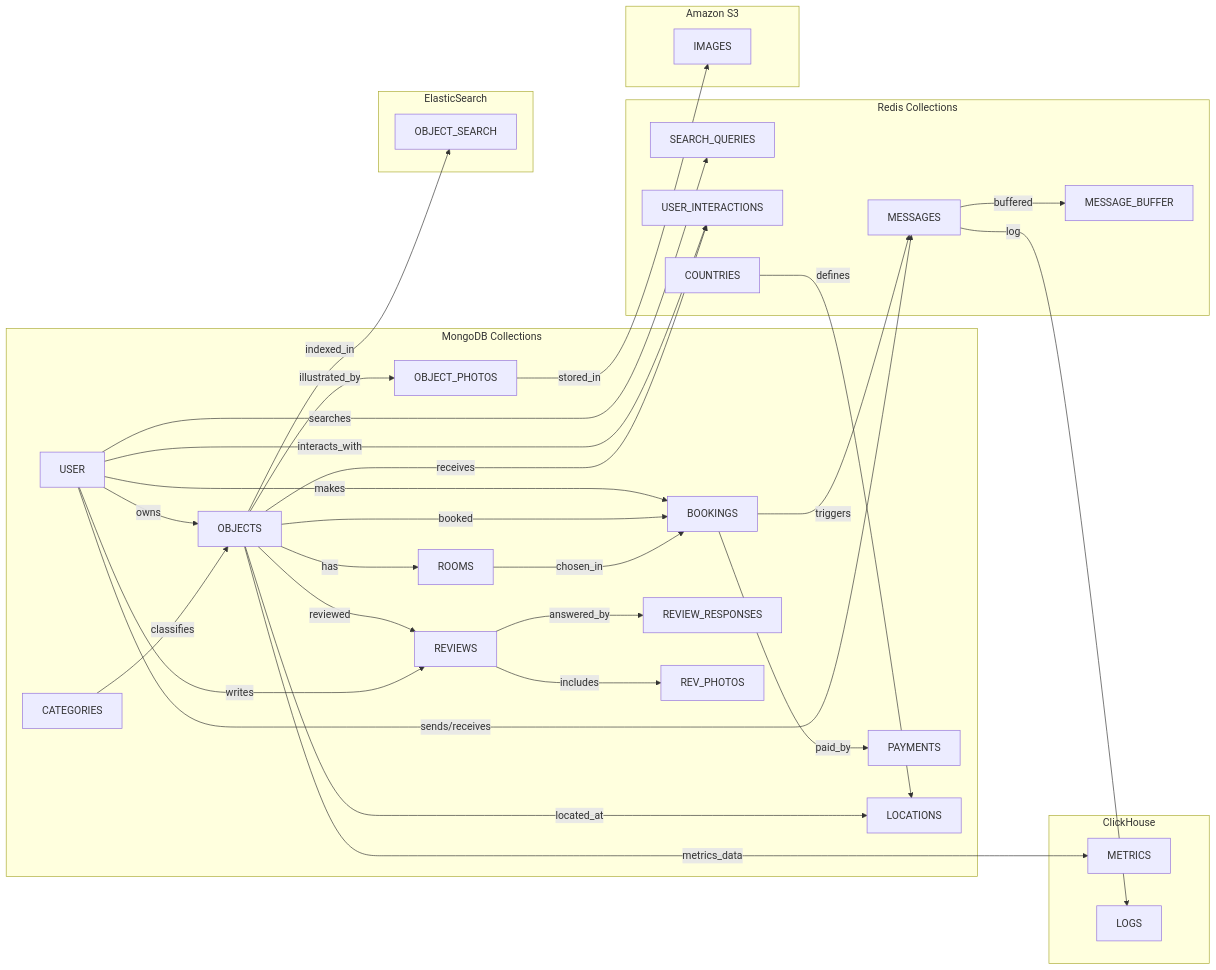
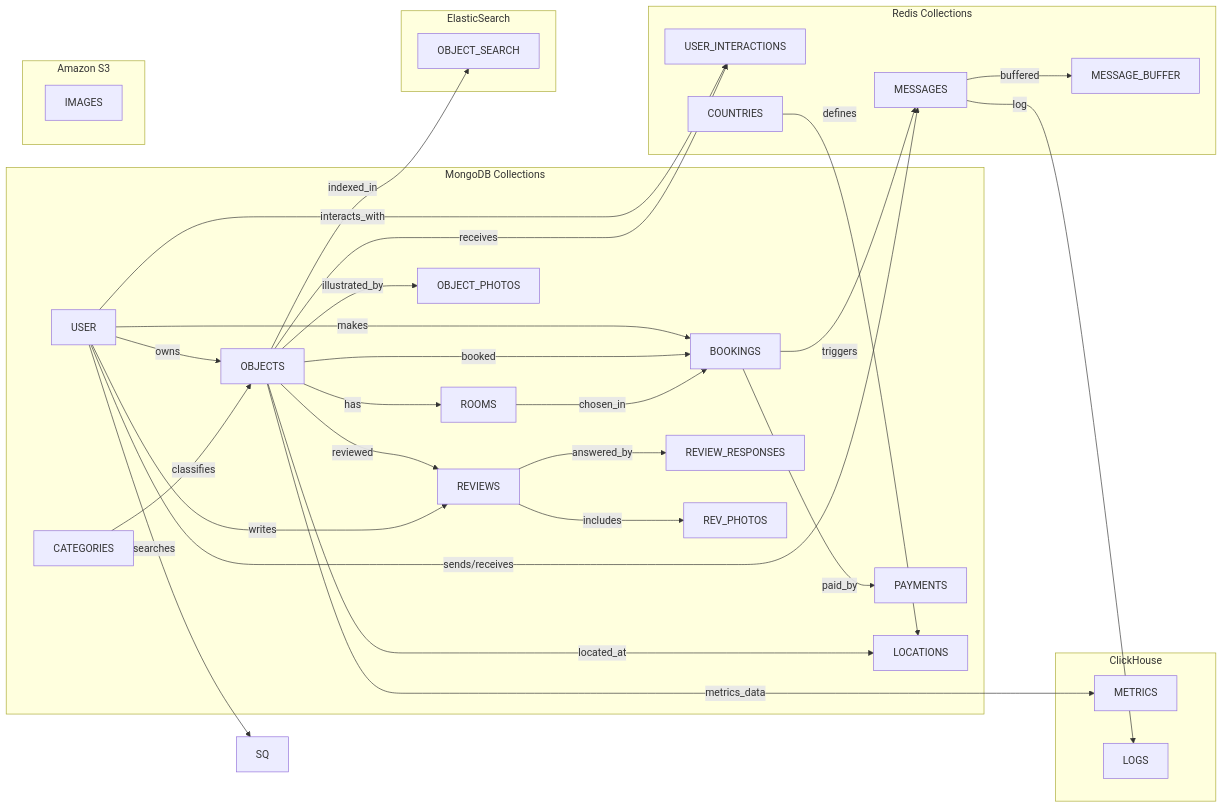
Before and after one commit to ksuysshaa/highload_booking: the second of 2 diagrams in Readme.md, drawn with Mermaid. The commit also changed other lines of this file, not shown here.

````diff
--- a/Readme.md
+++ b/Readme.md
@@ -595,70 +596,68 @@
 ```mermaid
 flowchart LR
     %% MongoDB Collections
     subgraph MongoDB_Collections["MongoDB Collections"]
       U[USER]
       CAT[CATEGORIES]
       OBJ[OBJECTS]
       RM[ROOMS]
       BK[BOOKINGS]
       PY[PAYMENTS]
       RV[REVIEWS]
       RR[REVIEW_RESPONSES]
       RP[REV_PHOTOS]
       OP[OBJECT_PHOTOS]
       LOC[LOCATIONS]
     end
 
     %% Redis Collections
     subgraph Redis_Collections["Redis Collections"]
       MSG[MESSAGES]
-      SQ[SEARCH_QUERIES]
       UI[USER_INTERACTIONS]
       MB[MESSAGE_BUFFER]
       CNT[COUNTRIES]
     end
 
     %% ElasticSearch Collections
     subgraph ElasticSearch_Collections["ElasticSearch"]
       ES[OBJECT_SEARCH]
     end
 
     %% ClickHouse Collections
     subgraph ClickHouse_Collections["ClickHouse"]
       CH_METRICS[METRICS]
       CH_LOGS[LOGS]
     end
 
     %% Amazon S3 Collections
     subgraph S3_Collections["Amazon S3"]
       S3_IMAGES[IMAGES]
     end
 
     %% Основные связи между коллекциями
     U -- owns --> OBJ
     CAT -- classifies --> OBJ
     OBJ -- has --> RM
     U -- makes --> BK
     OBJ -- booked --> BK
     RM -- chosen_in --> BK
     BK -- paid_by --> PY
     OBJ -- reviewed --> RV
     U -- writes --> RV
     RV -- answered_by --> RR
     RV -- includes --> RP
     OBJ -- illustrated_by --> OP
     OBJ -- located_at --> LOC
     CNT -- defines --> LOC
     BK -- triggers --> MSG
     U -- sends/receives --> MSG
     U -- searches --> SQ
     U -- interacts_with --> UI
     OBJ -- receives --> UI
     MSG -- buffered --> MB
 
     %% Дополнительные связи для ElasticSearch, ClickHouse и Amazon S3
     OBJ -- indexed_in --> ES
     OBJ -- metrics_data --> CH_METRICS
     MSG -- log --> CH_LOGS
-    OP -- stored_in --> S3_IMAGES
 ```
````
